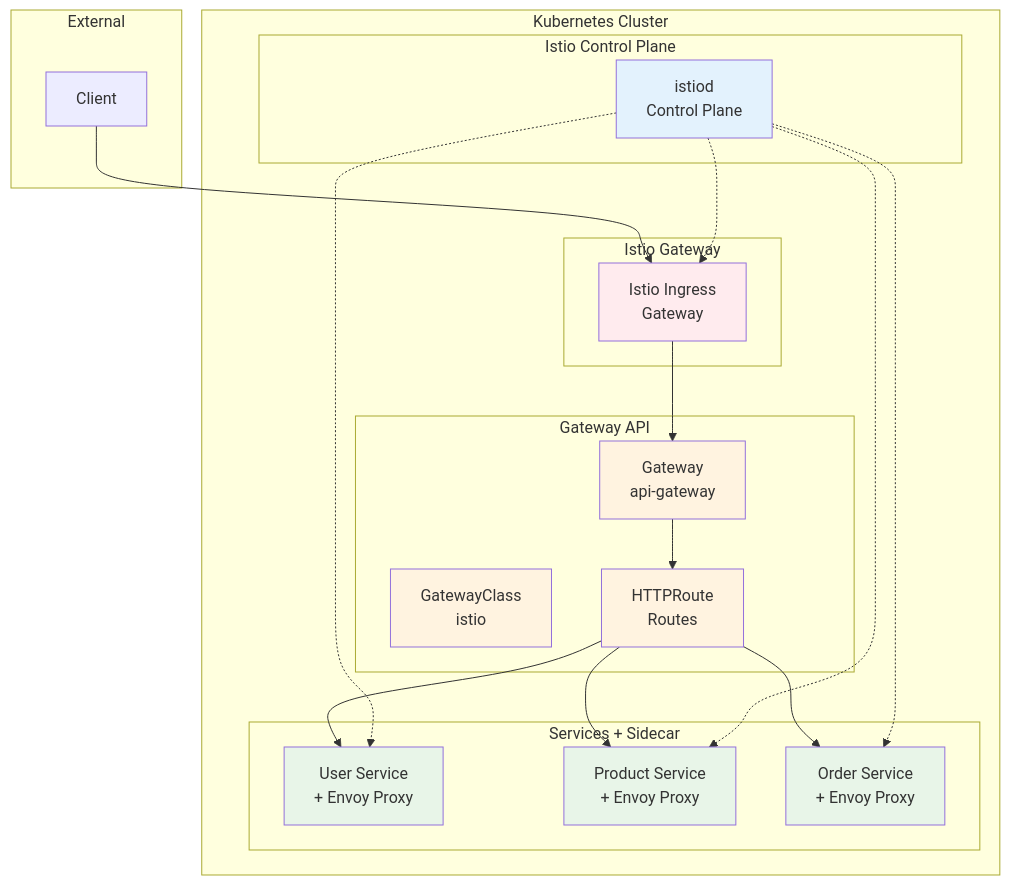
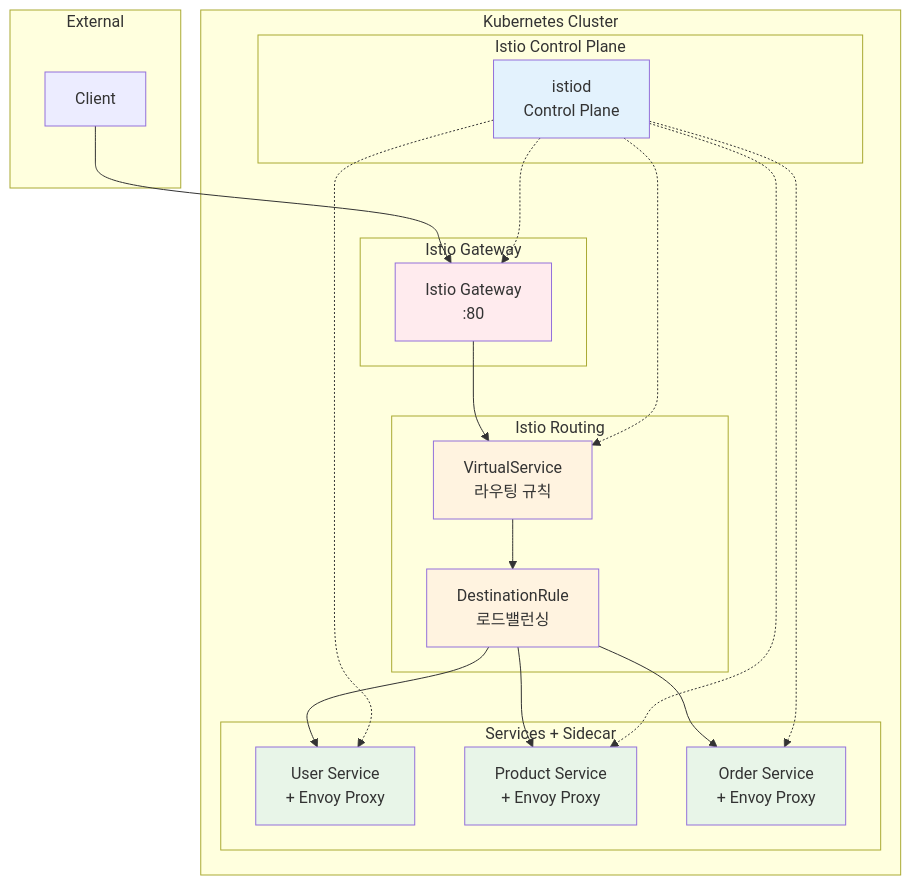
Before and after one commit to niceguy61/kdt_devops_lecture_2025: the diagram in theory/week_04/day2/lab_1.md, drawn with Mermaid. The commit also changed other lines of this file and 9 other files, not shown here.

````diff
--- a/theory/week_04/day2/lab_1.md
+++ b/theory/week_04/day2/lab_1.md
@@ -37,49 +37,48 @@
 ```mermaid
 graph TB
     subgraph "External"
         C[Client]
     end
     
     subgraph "Kubernetes Cluster"
         subgraph "Istio Control Plane"
             ISTIOD[istiod<br/>Control Plane]
         end
         
-        subgraph "Gateway API"
-            GC[GatewayClass<br/>istio]
-            GW[Gateway<br/>api-gateway]
-            HR[HTTPRoute<br/>Routes]
+        subgraph "Istio Gateway"
+            IG[Istio Gateway<br/>:80]
         end
         
-        subgraph "Istio Gateway"
-            IG[Istio Ingress<br/>Gateway]
+        subgraph "Istio Routing"
+            VS[VirtualService<br/>라우팅 규칙]
+            DR[DestinationRule<br/>로드밸런싱]
         end
         
         subgraph "Services + Sidecar"
             US[User Service<br/>+ Envoy Proxy]
             PS[Product Service<br/>+ Envoy Proxy]
             OS[Order Service<br/>+ Envoy Proxy]
         end
     end
     
     C --> IG
-    IG --> GW
-    GW --> HR
-    HR --> US
-    HR --> PS
-    HR --> OS
+    IG --> VS
+    VS --> DR
+    DR --> US
+    DR --> PS
+    DR --> OS
     
     ISTIOD -.-> IG
+    ISTIOD -.-> VS
     ISTIOD -.-> US
     ISTIOD -.-> PS
     ISTIOD -.-> OS
     
     style ISTIOD fill:#e3f2fd
-    style GC fill:#fff3e0
-    style GW fill:#fff3e0
-    style HR fill:#fff3e0
     style IG fill:#ffebee
+    style VS fill:#fff3e0
+    style DR fill:#fff3e0
     style US fill:#e8f5e8
     style PS fill:#e8f5e8
     style OS fill:#e8f5e8
 ```
````
